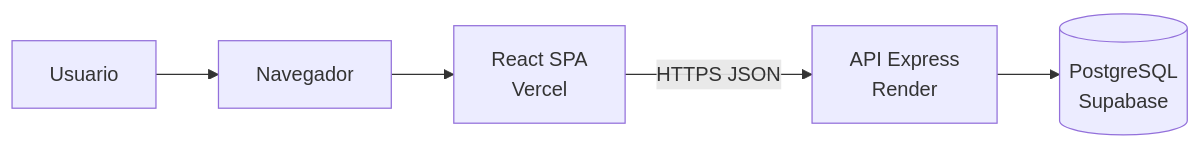
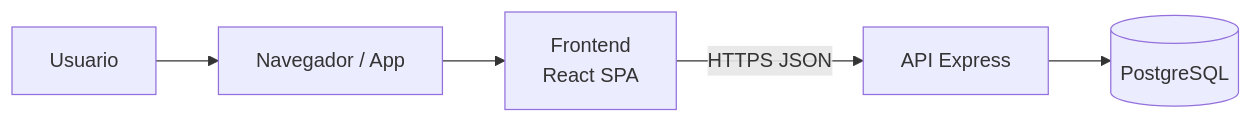
The fourth of 14 diagrams in Ejercicio_6_Patrones_Arquitectura_y_Despliegue.md (Umbingelelo/ejercicios-portafolio_titulo-001V), drawn with Mermaid before and after one commit. The commit also changed other lines of this file, not shown here.

````diff
--- a/Ejercicio_6_Patrones_Arquitectura_y_Despliegue.md
+++ b/Ejercicio_6_Patrones_Arquitectura_y_Despliegue.md
@@ -1705,7 +1090,7 @@
 ```mermaid
 flowchart LR
-    U[Usuario] --> B[Navegador]
-    B --> R[React SPA<br/>Vercel]
-    R -->|HTTPS JSON| API[API Express<br/>Render]
-    API --> DB[(PostgreSQL<br/>Supabase)]
+    U[Usuario] --> B[Navegador / App]
+    B --> R[Frontend<br/>React SPA]
+    R -->|HTTPS JSON| API[API Express]
+    API --> DB[(PostgreSQL)]
 ```
````
